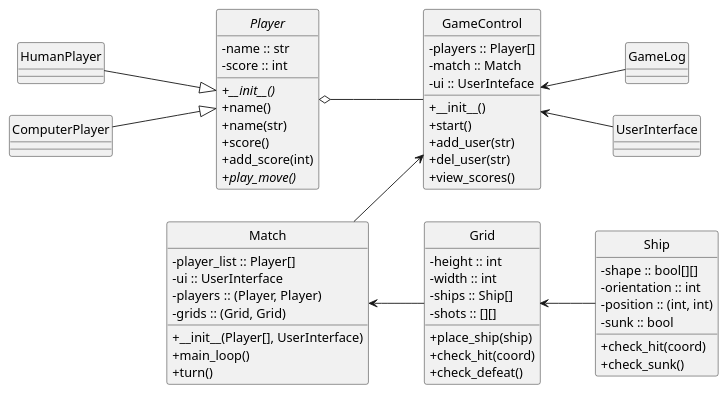
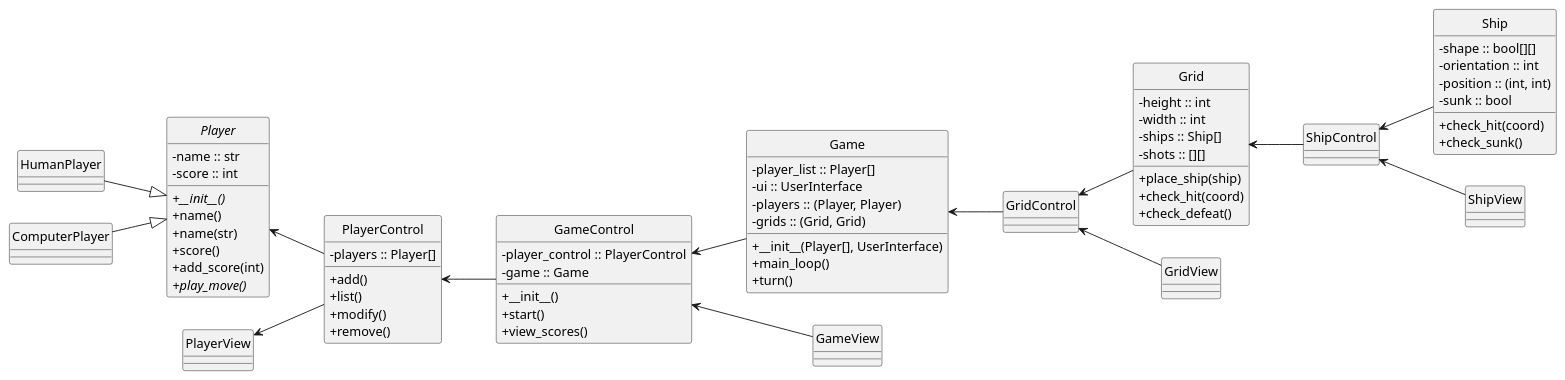
One commit to leoniro/battleship changed the diagram in uml_diagram.puml. Above: the diagram before and after it, drawn with PlantUML.

Commit message:
começando a implementar mvc

```diff
--- a/uml_diagram.puml
+++ b/uml_diagram.puml
@@ -1,74 +1,81 @@
 @startuml battleship_class_diagram
 
 skinparam classAttributeIconSize 0
 left to right direction
 hide circle
 
 class GameControl {
-    - players :: Player[]
-    - match :: Match
-    - ui :: UserInteface
+    - player_control :: PlayerControl
+    - game :: Game
     + __init__()
     + start()
-    + add_user(str)
-    + del_user(str)
     + view_scores()
 }
+
+class PlayerControl {
+    - players :: Player[]
+    + add()
+    + list()
+    + modify()
+    + remove()
+}
+
 
 class Grid {
     - height :: int
     - width :: int
     - ships :: Ship[]
     - shots :: [][]
     + place_ship(ship)
     + check_hit(coord)
     + check_defeat()
 }
-class Match {
+class Game {
     - player_list :: Player[]
     - ui :: UserInterface
     - players :: (Player, Player) {field} 
     - grids :: (Grid, Grid) {field}
     + __init__(Player[], UserInterface)
     + main_loop()
     + turn()
 }
 abstract class Player {
     - name :: str
     - score :: int
     + __init__() {abstract}
     + name()
     + name(str)
     + score()
     + add_score(int)
     + play_move() {abstract}
 }
 
 class Ship {
     - shape :: bool[][]
     - orientation :: int
     - position :: (int, int) {field}
     - sunk :: bool
     + check_hit(coord)
     + check_sunk()
 }
 
-class GameLog {}
-class UserInterface {}
 class HumanPlayer {}
 class ComputerPlayer {}
 
-GameControl <-- GameLog
-GameControl <-- UserInterface
-
-Player o-- GameControl
+PlayerControl <-- GameControl
+Player <-- PlayerControl
+PlayerView <-- PlayerControl
 
 HumanPlayer --|> Player
 ComputerPlayer --|> Player
 
-Match --> GameControl
-Match <-- Grid
-
-Grid <-- Ship
+GameControl <-- Game
+GameControl <-- GameView
+Game <-- GridControl
+GridControl <-- Grid
+GridControl <-- GridView
+Grid <-- ShipControl
+ShipControl <-- Ship
+ShipControl <-- ShipView
 
 @enduml
```
